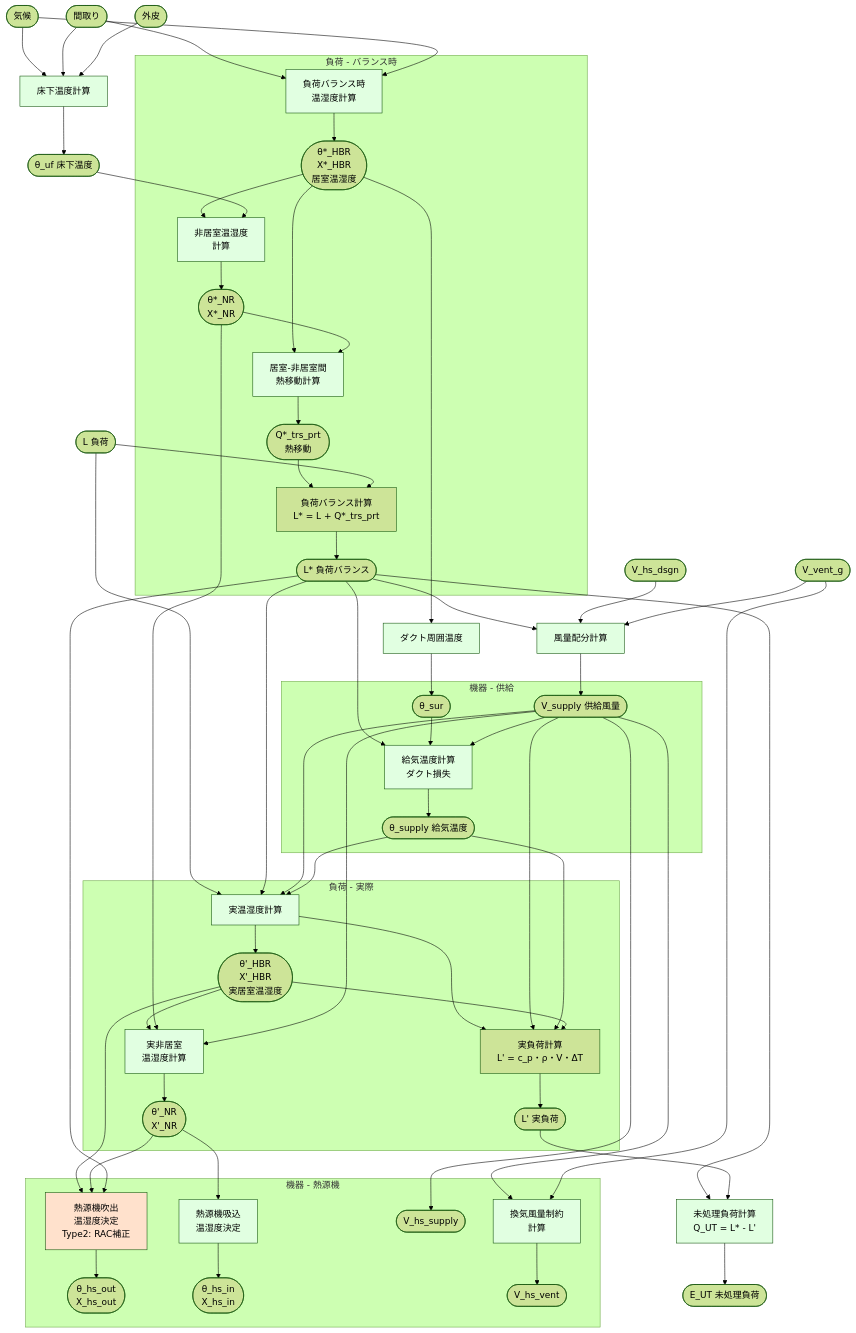
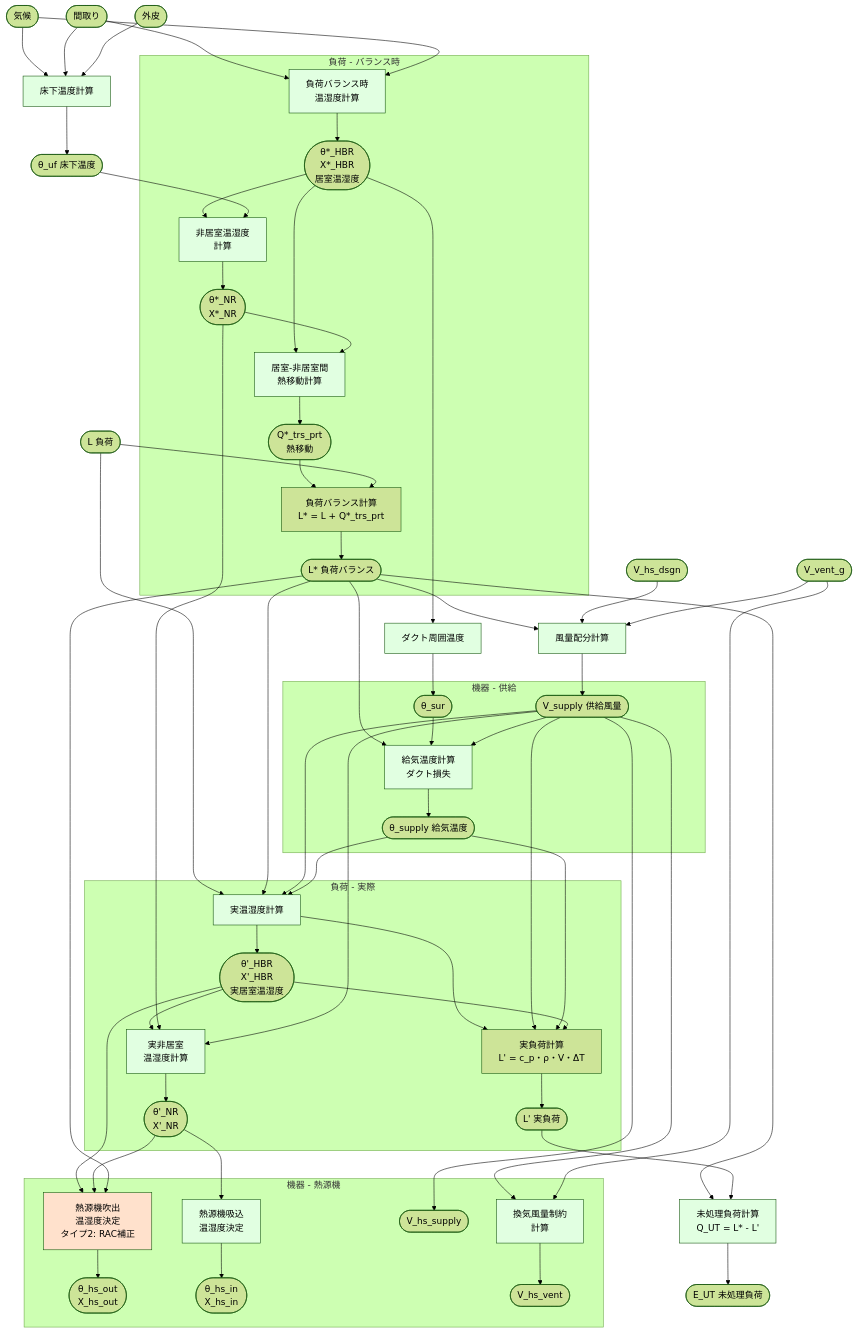
One commit to iguchi-lab/Verification-Platform-Next changed the third of 6 diagrams in docs/計算フロー_タイプ1・2.md. Above: the diagram before and after it, drawn with Mermaid (forest theme). The commit also changed other lines of this file and 1 other file, not shown here.

```diff
--- a/docs/計算フロー_タイプ1・2.md
+++ b/docs/計算フロー_タイプ1・2.md
@@ -168,21 +158,17 @@
 V_dsgn([V_hs_dsgn])
 
 %% 環境条件
-Clima --> Uf[床下温度計算]
-House --> Uf
-Skin --> Uf
+Clima & House & Skin --> Uf[床下温度計算]
 Uf --> Theta_uf([θ_uf 床下温度])
 
-House --> BalCalc[負荷バランス時<br/>温湿度計算]
-Clima --> BalCalc
+House & Clima --> BalCalc[負荷バランス時<br/>温湿度計算]
 
 subgraph 負荷 - バランス時
     BalCalc --> Theta_star([θ*_HBR<br/>X*_HBR<br/>居室温湿度])
     Theta_star --> NR_star[非居室温湿度<br/>計算]
     NR_star --> Theta_NR_star([θ*_NR<br/>X*_NR])
 
-    Theta_star --> Trans[居室-非居室間<br/>熱移動計算]
-    Theta_NR_star --> Trans
+    Theta_star & Theta_NR_star--> Trans[居室-非居室間<br/>熱移動計算]
     Trans --> Q_trs([Q*_trs_prt<br/>熱移動])
 
     Q_trs --> L_bal_calc[負荷バランス計算<br/>L* = L + Q*_trs_prt]
@@ -191,56 +177,48 @@
 Theta_uf --> NR_star
 L --> L_bal_calc
 
-L_bal --> Vol[風量配分計算]
-V_dsgn --> Vol
-V_vent --> Vol
+L_bal & V_dsgn & V_vent --> Vol[風量配分計算]
+
 Vol --> V_sup([V_supply 供給風量])
 
 Theta_star --> Duct[ダクト周囲温度]
+
 Duct --> Theta_sur([θ_sur])
 
 subgraph 機器 - 供給
-    L_bal --> Temp[給気温度計算<br/>ダクト損失]
-    Theta_sur --> Temp
-    V_sup --> Temp
+    L_bal & Theta_sur & V_sup --> Temp[給気温度計算<br/>ダクト損失]
+
     Temp --> Theta_supply([θ_supply 給気温度])
 end
 
-L --> ActCalc[実温湿度計算]
-L_bal --> ActCalc
-V_sup --> ActCalc
-Theta_supply --> ActCalc
+L & L_bal & V_sup & Theta_supply --> ActCalc[実温湿度計算]
 
 subgraph 負荷 - 実際
     ActCalc --> Theta_dash([θ'_HBR<br/>X'_HBR<br/>実居室温湿度])
-    Theta_dash --> NR_dash[実非居室<br/>温湿度計算]
-    Theta_NR_star --> NR_dash
-    V_sup --> NR_dash
+
+    Theta_dash & Theta_NR_star & V_sup --> NR_dash[実非居室<br/>温湿度計算]
+
     NR_dash --> Theta_NR_dash([θ'_NR<br/>X'_NR])
 
-    ActCalc --> L_dash_calc[実負荷計算<br/>L' = c_p・ρ・V・ΔT]
-    V_sup --> L_dash_calc
-    Theta_supply --> L_dash_calc
-    Theta_dash --> L_dash_calc
+    ActCalc & V_sup & Theta_supply & Theta_dash --> L_dash_calc[実負荷計算<br/>L' = c_p・ρ・V・ΔT]
+
     L_dash_calc --> L_dash([L' 実負荷])
 end
 
 %% 未処理負荷
-L_bal --> UT[未処理負荷計算<br/>Q_UT = L* - L']
-L_dash --> UT
+L_bal & L_dash --> UT[未処理負荷計算<br/>Q_UT = L* - L']
 UT --> Q_UT([E_UT 未処理負荷])
 
 subgraph 機器 - 熱源機
-    Theta_dash --> HsOut[熱源機吹出<br/>温湿度決定<br/>Type2: RAC補正]
-    Theta_NR_dash --> HsOut
-    L_bal --> HsOut
+    Theta_dash & Theta_NR_dash & L_bal --> HsOut[熱源機吹出<br/>温湿度決定<br/>タイプ2: RAC補正]
+
     HsOut --> Out_hs([θ_hs_out<br/>X_hs_out])
 
     Theta_NR_dash --> HsIn[熱源機吸込<br/>温湿度決定]
+
     HsIn --> In_hs([θ_hs_in<br/>X_hs_in])
 
     V_sup --> V_hs_sup([V_hs_supply])
-
     V_sup --> VentCalc[換気風量制約<br/>計算]
     VentCalc --> V_hs_vent([V_hs_vent])
 end
```
